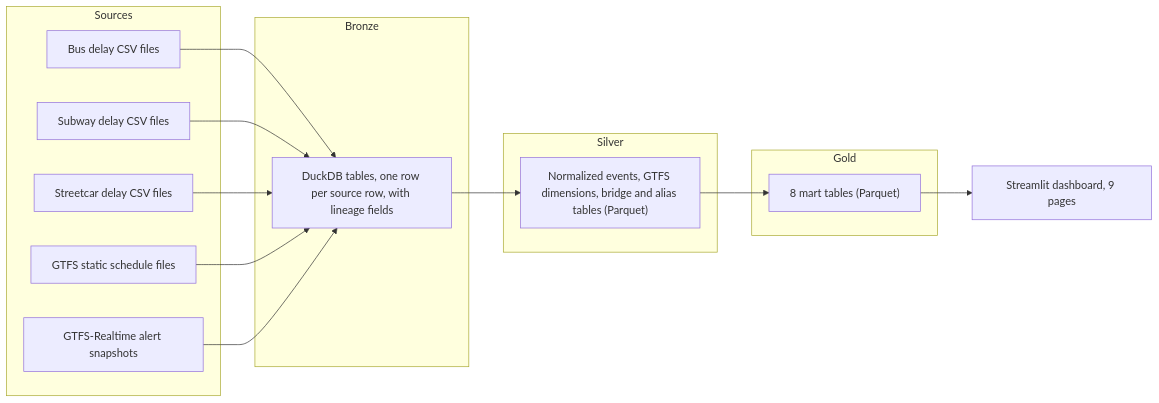
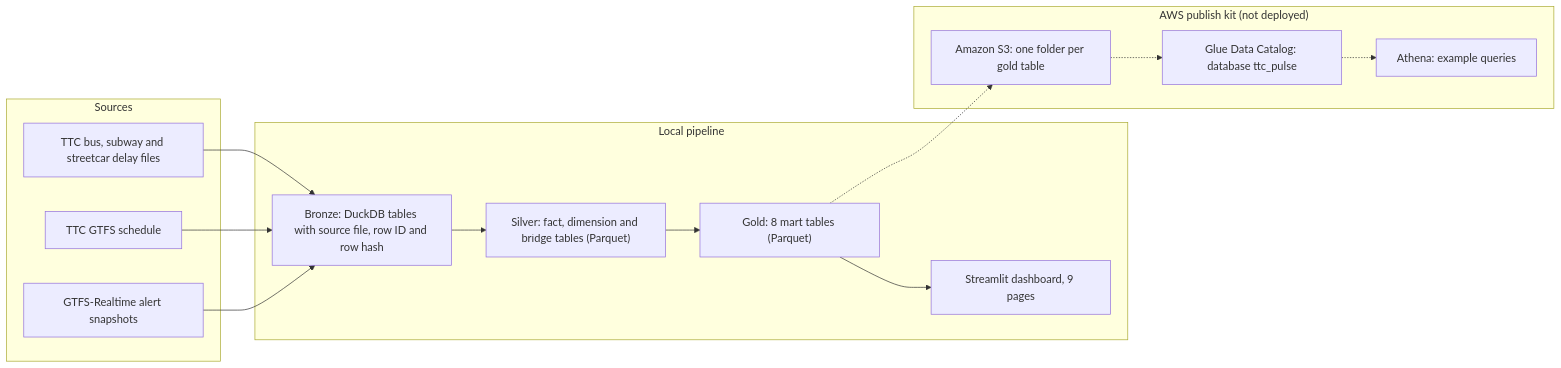
Before and after one commit to PATELOM925/TTC-PULSE: the diagram in README.md, drawn with Mermaid. The commit also changed other lines of this file, not shown here.

First line of the commit message:
Rewrite README with checked figures and lineage notes

````diff
--- a/README.md
+++ b/README.md
@@ -22,28 +7,24 @@
 ```mermaid
 flowchart LR
     subgraph Sources
-        S1["Bus delay CSV files"]
-        S2["Subway delay CSV files"]
-        S3["Streetcar delay CSV files"]
-        S4["GTFS static schedule files"]
-        S5["GTFS-Realtime alert snapshots"]
+        src1["TTC bus, subway and streetcar delay files"]
+        src2["TTC GTFS schedule"]
+        src3["GTFS-Realtime alert snapshots"]
     end
-    subgraph Bronze
-        B1["DuckDB tables, one row per source row, with lineage fields"]
+    subgraph Local pipeline
+        bronze["Bronze: DuckDB tables with source file, row ID and row hash"]
+        silver["Silver: fact, dimension and bridge tables (Parquet)"]
+        gold["Gold: 8 mart tables (Parquet)"]
+        app["Streamlit dashboard, 9 pages"]
     end
-    subgraph Silver
-        V1["Normalized events, GTFS dimensions, bridge and alias tables (Parquet)"]
+    subgraph aws["AWS publish kit (not deployed)"]
+        s3["Amazon S3: one folder per gold table"]
+        glue["Glue Data Catalog: database ttc_pulse"]
+        athena["Athena: example queries"]
     end
-    subgraph Gold
-        G1["8 mart tables (Parquet)"]
-    end
-    D1["Streamlit dashboard, 9 pages"]
-    S1 --> B1
-    S2 --> B1
-    S3 --> B1
-    S4 --> B1
-    S5 --> B1
-    B1 --> V1
-    V1 --> G1
-    G1 --> D1
+    src1 --> bronze
+    src2 --> bronze
+    src3 --> bronze
+    bronze --> silver --> gold --> app
+    gold -.-> s3 -.-> glue -.-> athena
 ```
````
